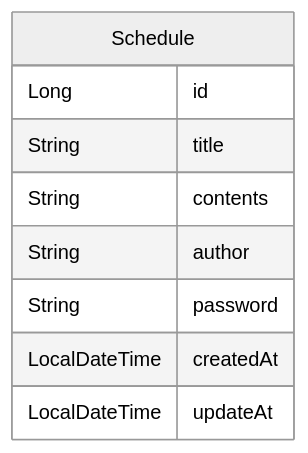
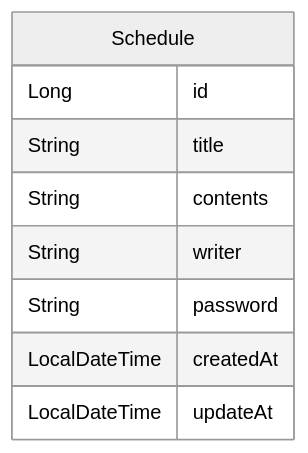
Before and after one commit to BibliyaSeo/schedule-api: the diagram in README.md, drawn with Mermaid (neutral theme). The commit also changed other lines of this file and 8 other files, not shown here.

Commit message:
docs: author->writer

````diff
--- a/README.md
+++ b/README.md
@@ -10,12 +10,12 @@
 ```mermaid
 erDiagram
     Schedule {
         Long id
         String title
         String contents
-        String author
+        String writer
         String password
         LocalDateTime createdAt
         LocalDateTime updateAt
     }
 ```
````
